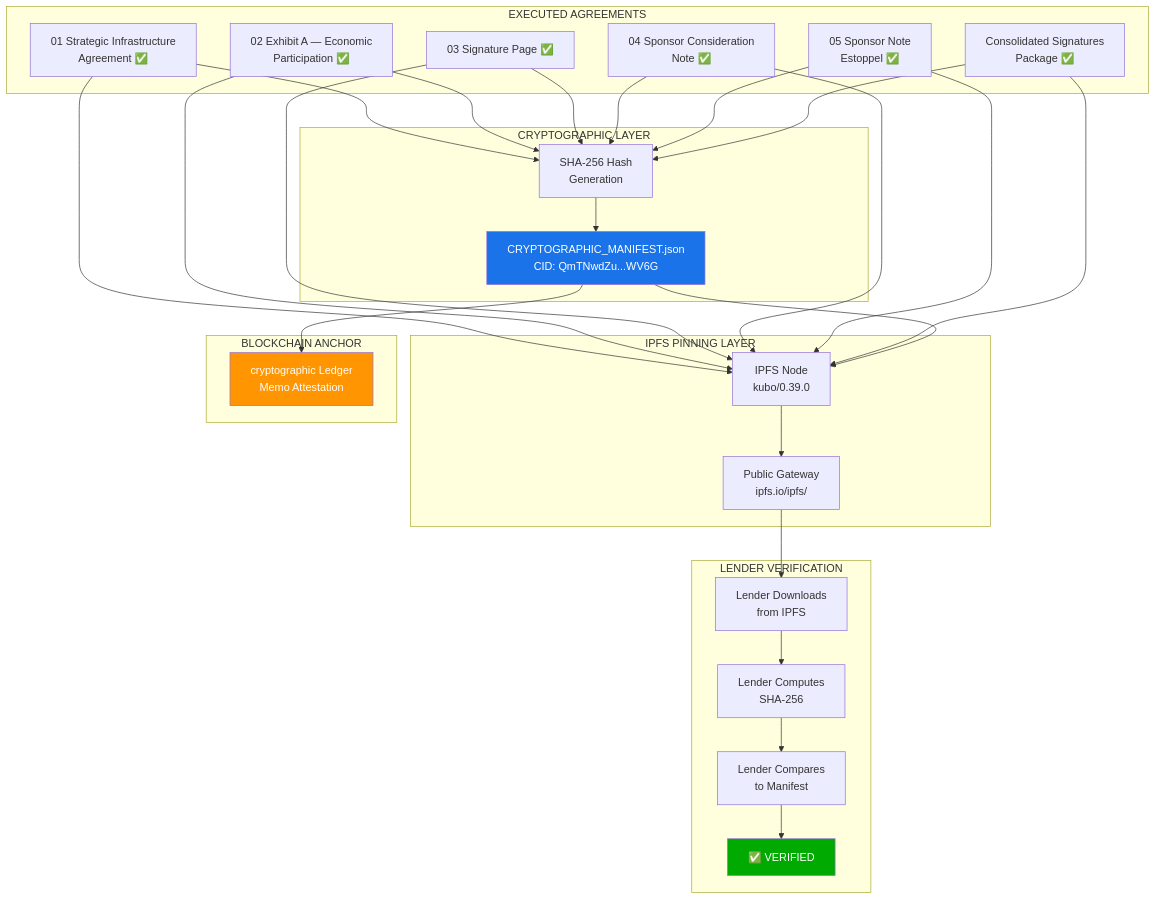
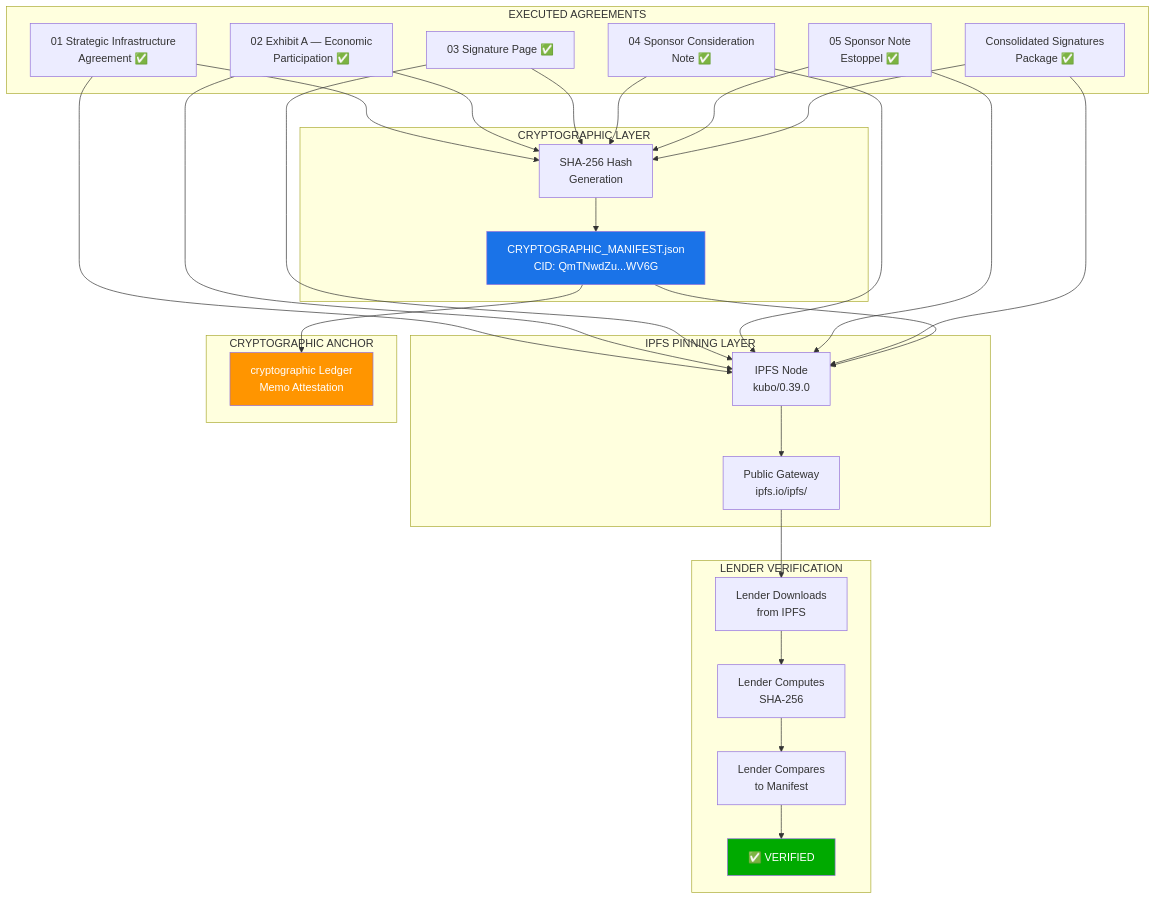
One commit to unykornai/Institutional-Funding-Repo-For-Optkas- changed the first of 2 diagrams in EXECUTION_v1/02_SIGNED_AGREEMENTS/FINAL_EXECUTED_2026-02-09/LENDER_LEVERAGE_PROOF_SYSTEM.md. Above: the diagram before and after it, drawn with Mermaid. The commit also changed other lines of this file and 40 other files, not shown here.

````diff
--- a/EXECUTION_v1/02_SIGNED_AGREEMENTS/FINAL_EXECUTED_2026-02-09/LENDER_LEVERAGE_PROOF_SYSTEM.md
+++ b/EXECUTION_v1/02_SIGNED_AGREEMENTS/FINAL_EXECUTED_2026-02-09/LENDER_LEVERAGE_PROOF_SYSTEM.md
@@ -58,47 +58,47 @@
 ```mermaid
 graph TB
     subgraph "EXECUTED AGREEMENTS"
         D1["01 Strategic Infrastructure<br/>Agreement ✅"]
         D2["02 Exhibit A — Economic<br/>Participation ✅"]
         D3["03 Signature Page ✅"]
         D4["04 Sponsor Consideration<br/>Note ✅"]
         D5["05 Sponsor Note<br/>Estoppel ✅"]
         D6["Consolidated Signatures<br/>Package ✅"]
     end
 
     subgraph "CRYPTOGRAPHIC LAYER"
         H["SHA-256 Hash<br/>Generation"]
         MANIFEST["CRYPTOGRAPHIC_MANIFEST.json<br/>CID: QmTNwdZu...WV6G"]
     end
 
     subgraph "IPFS PINNING LAYER"
         IPFS["IPFS Node<br/>kubo/0.39.0"]
         GW["Public Gateway<br/>ipfs.io/ipfs/"]
     end
 
-    subgraph "BLOCKCHAIN ANCHOR"
+    subgraph "CRYPTOGRAPHIC ANCHOR"
         cryptographic["cryptographic Ledger<br/>Memo Attestation"]
     end
 
     subgraph "LENDER VERIFICATION"
         LV["Lender Downloads<br/>from IPFS"]
         LH["Lender Computes<br/>SHA-256"]
         LC["Lender Compares<br/>to Manifest"]
         LPASS["✅ VERIFIED"]
     end
 
     D1 & D2 & D3 & D4 & D5 & D6 --> H
     H --> MANIFEST
     D1 & D2 & D3 & D4 & D5 & D6 --> IPFS
     MANIFEST --> IPFS
     IPFS --> GW
     MANIFEST --> cryptographic
     GW --> LV
     LV --> LH
     LH --> LC
     LC --> LPASS
 
     style LPASS fill:#00aa00,color:#fff
     style MANIFEST fill:#1a73e8,color:#fff
     style cryptographic fill:#ff9500,color:#fff
 ```
````
